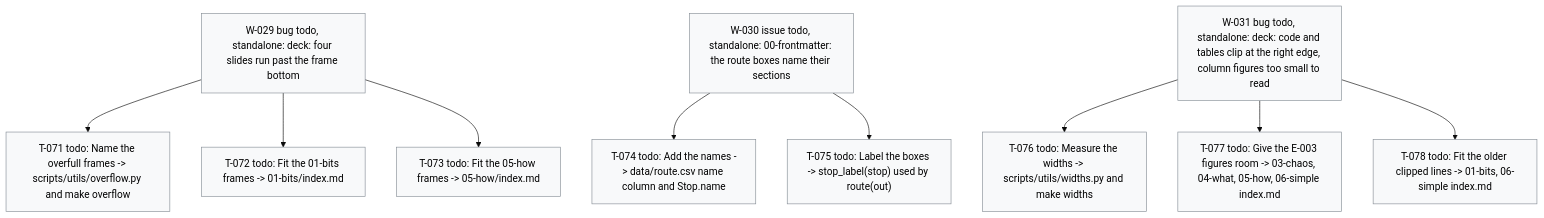
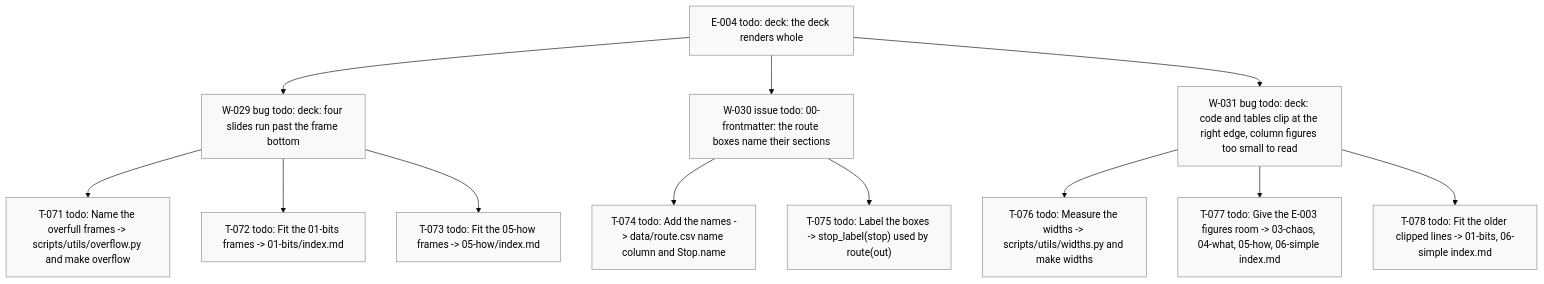
One commit to dpopchev/chaos-to-simple changed the diagram in .board/BOARD.md. Above: the diagram before and after it, drawn with Mermaid (base theme). The commit also changed other lines of this file and 5 other files, not shown here.

````diff
--- a/.board/BOARD.md
+++ b/.board/BOARD.md
@@ -192,20 +193,21 @@
 ```mermaid
 flowchart TD
-  W029["W-029 bug todo, standalone: deck: four slides run past the frame bottom"]
+  E004["E-004 todo: deck: the deck renders whole"]
+  E004 --> W029["W-029 bug todo: deck: four slides run past the frame bottom"]
   W029 --> T071["T-071 todo: Name the overfull frames -> scripts/utils/overflow.py and make overflow"]
   W029 --> T072["T-072 todo: Fit the 01-bits frames -> 01-bits/index.md"]
   W029 --> T073["T-073 todo: Fit the 05-how frames -> 05-how/index.md"]
-  W030["W-030 issue todo, standalone: 00-frontmatter: the route boxes name their sections"]
+  E004 --> W030["W-030 issue todo: 00-frontmatter: the route boxes name their sections"]
   W030 --> T074["T-074 todo: Add the names -> data/route.csv name column and Stop.name"]
   W030 --> T075["T-075 todo: Label the boxes -> stop_label(stop) used by route(out)"]
-  W031["W-031 bug todo, standalone: deck: code and tables clip at the right edge, column figures too small to read"]
+  E004 --> W031["W-031 bug todo: deck: code and tables clip at the right edge, column figures too small to read"]
   W031 --> T076["T-076 todo: Measure the widths -> scripts/utils/widths.py and make widths"]
   W031 --> T077["T-077 todo: Give the E-003 figures room -> 03-chaos, 04-what, 05-how, 06-simple index.md"]
   W031 --> T078["T-078 todo: Fit the older clipped lines -> 01-bits, 06-simple index.md"]
   classDef doing fill:#fff3bf,stroke:#b58900,color:#000;
   classDef blocked fill:#ffe3e3,stroke:#c92a2a,color:#000;
   classDef done fill:#e6ffed,stroke:#2b8a3e,color:#000;
   classDef todo fill:#f8f9fa,stroke:#868e96,color:#000;
   classDef pruned fill:#f1f3f5,stroke:#adb5bd,color:#000;
-  class W029,T071,T072,T073,W030,T074,T075,W031,T076,T077,T078 todo
+  class E004,W029,T071,T072,T073,W030,T074,T075,W031,T076,T077,T078 todo
 ```
````
